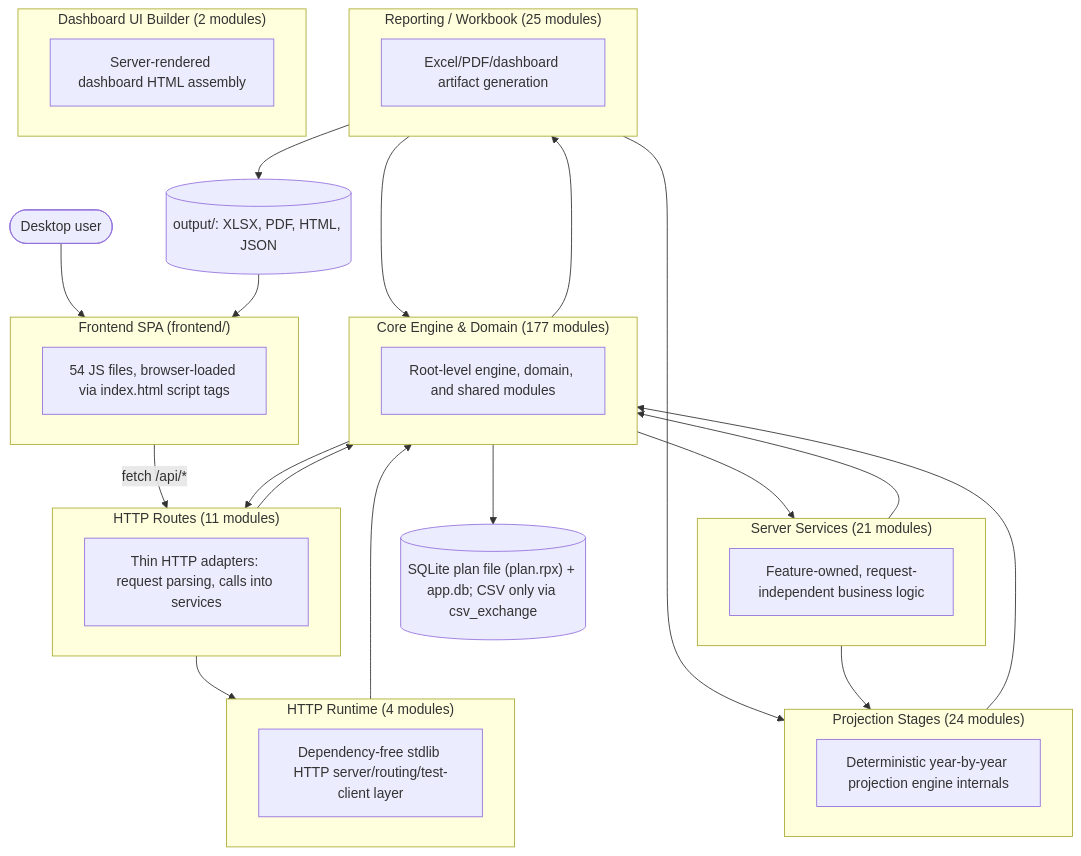
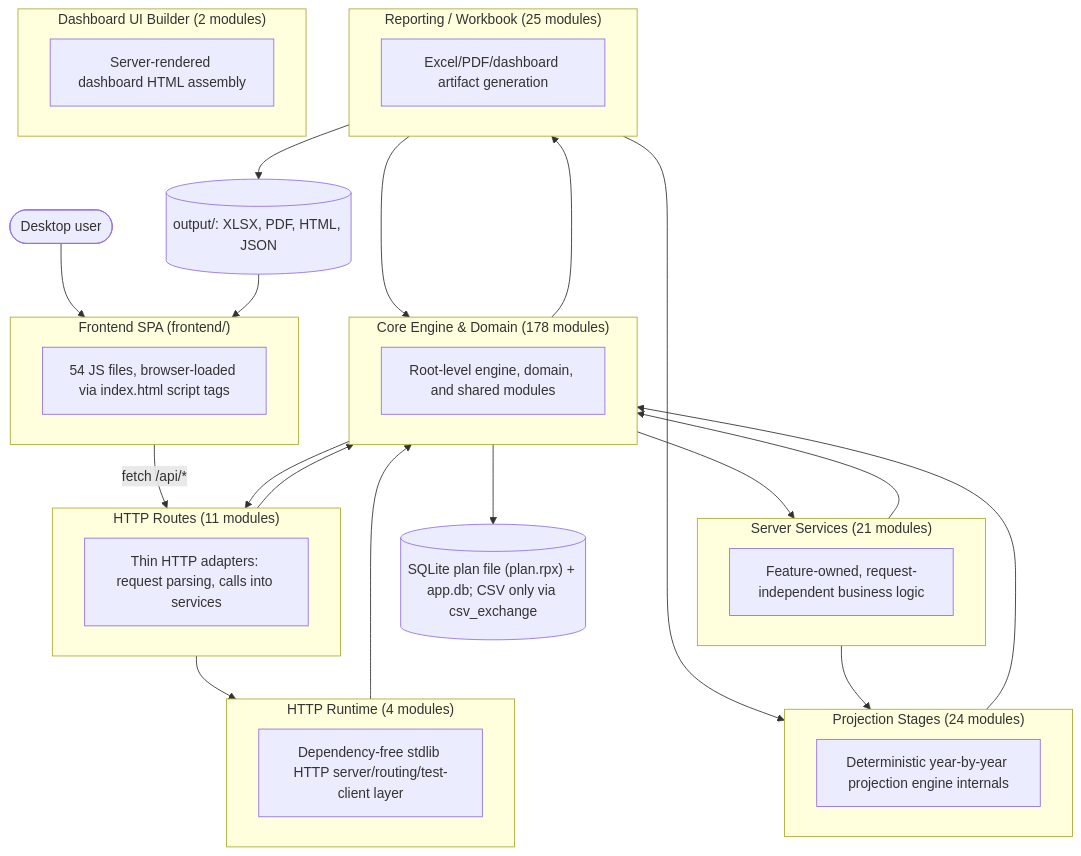
Before and after one commit to matthartzman/retirement_system: the first of 2 diagrams in documentation/reference/SYSTEM_ARCHITECTURE_DIAGRAM.md, drawn with Mermaid. The commit also changed other lines of this file and 5 other files, not shown here.

First line of the commit message:
WI-029: narrow silent broad excepts in the engine core and log fallbacks (#245)

````diff
--- a/documentation/reference/SYSTEM_ARCHITECTURE_DIAGRAM.md
+++ b/documentation/reference/SYSTEM_ARCHITECTURE_DIAGRAM.md
@@ -11,43 +11,43 @@
 ```mermaid
 flowchart TB
     User(["Desktop user"]) --> FE
     subgraph FE["Frontend SPA (frontend/)"]
         FEcount["54 JS files, browser-loaded via index.html script tags"]
     end
     FE -->|fetch /api/*| L_HTTP_Routes
     subgraph L_HTTP_Routes["HTTP Routes (11 modules)"]
         L_HTTP_Routes_d["Thin HTTP adapters: request parsing, calls into services"]
     end
     subgraph L_Server_Services["Server Services (21 modules)"]
         L_Server_Services_d["Feature-owned, request-independent business logic"]
     end
     subgraph L_HTTP_Runtime["HTTP Runtime (4 modules)"]
         L_HTTP_Runtime_d["Dependency-free stdlib HTTP server/routing/test-client layer"]
     end
-    subgraph L_Core_Engine___Domain["Core Engine & Domain (177 modules)"]
+    subgraph L_Core_Engine___Domain["Core Engine & Domain (178 modules)"]
         L_Core_Engine___Domain_d["Root-level engine, domain, and shared modules"]
     end
     subgraph L_Projection_Stages["Projection Stages (24 modules)"]
         L_Projection_Stages_d["Deterministic year-by-year projection engine internals"]
     end
     subgraph L_Reporting___Workbook["Reporting / Workbook (25 modules)"]
         L_Reporting___Workbook_d["Excel/PDF/dashboard artifact generation"]
     end
     subgraph L_Dashboard_UI_Builder["Dashboard UI Builder (2 modules)"]
         L_Dashboard_UI_Builder_d["Server-rendered dashboard HTML assembly"]
     end
     L_Core_Engine___Domain --> L_HTTP_Routes
     L_Core_Engine___Domain --> L_Reporting___Workbook
     L_Core_Engine___Domain --> L_Server_Services
     L_HTTP_Routes --> L_Core_Engine___Domain
     L_HTTP_Routes --> L_HTTP_Runtime
     L_HTTP_Runtime --> L_Core_Engine___Domain
     L_Projection_Stages --> L_Core_Engine___Domain
     L_Reporting___Workbook --> L_Core_Engine___Domain
     L_Reporting___Workbook --> L_Projection_Stages
     L_Server_Services --> L_Core_Engine___Domain
     L_Server_Services --> L_Projection_Stages
     L_Core_Engine___Domain --> DB[("SQLite plan file (plan.rpx) + app.db; CSV only via csv_exchange")]
     L_Reporting___Workbook --> Outputs[("output/: XLSX, PDF, HTML, JSON")]
     Outputs --> FE
 ```
````
